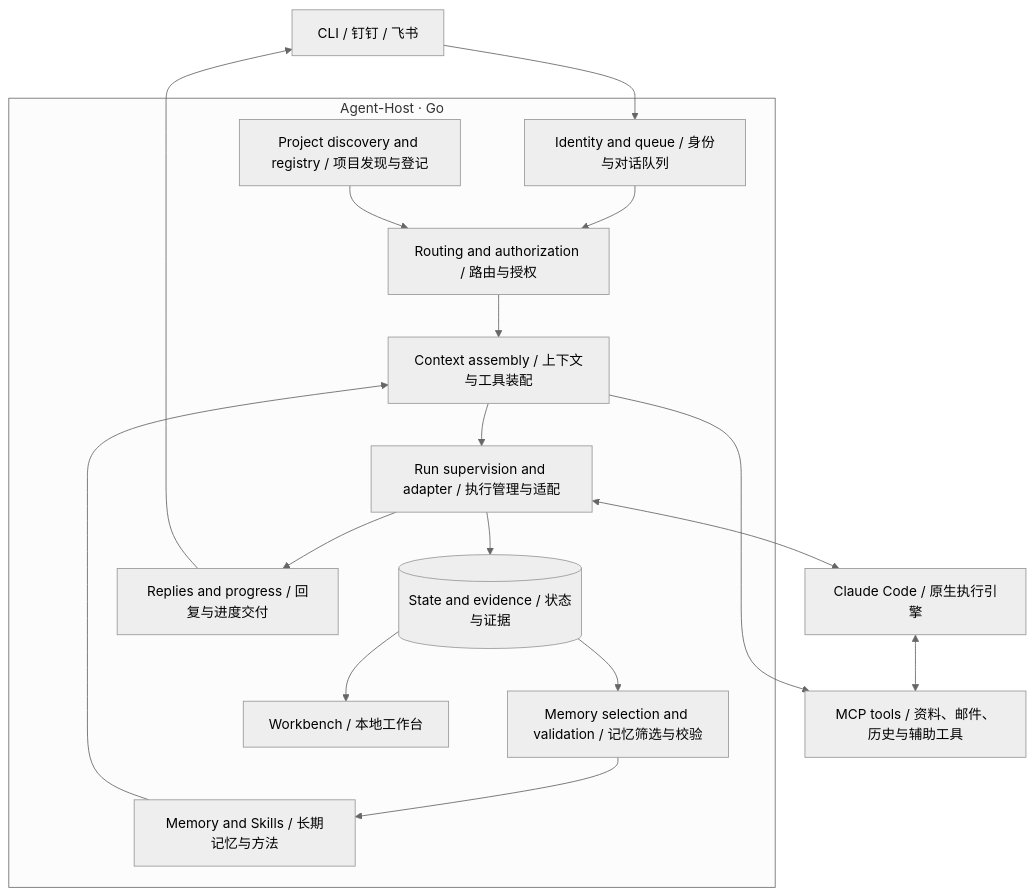
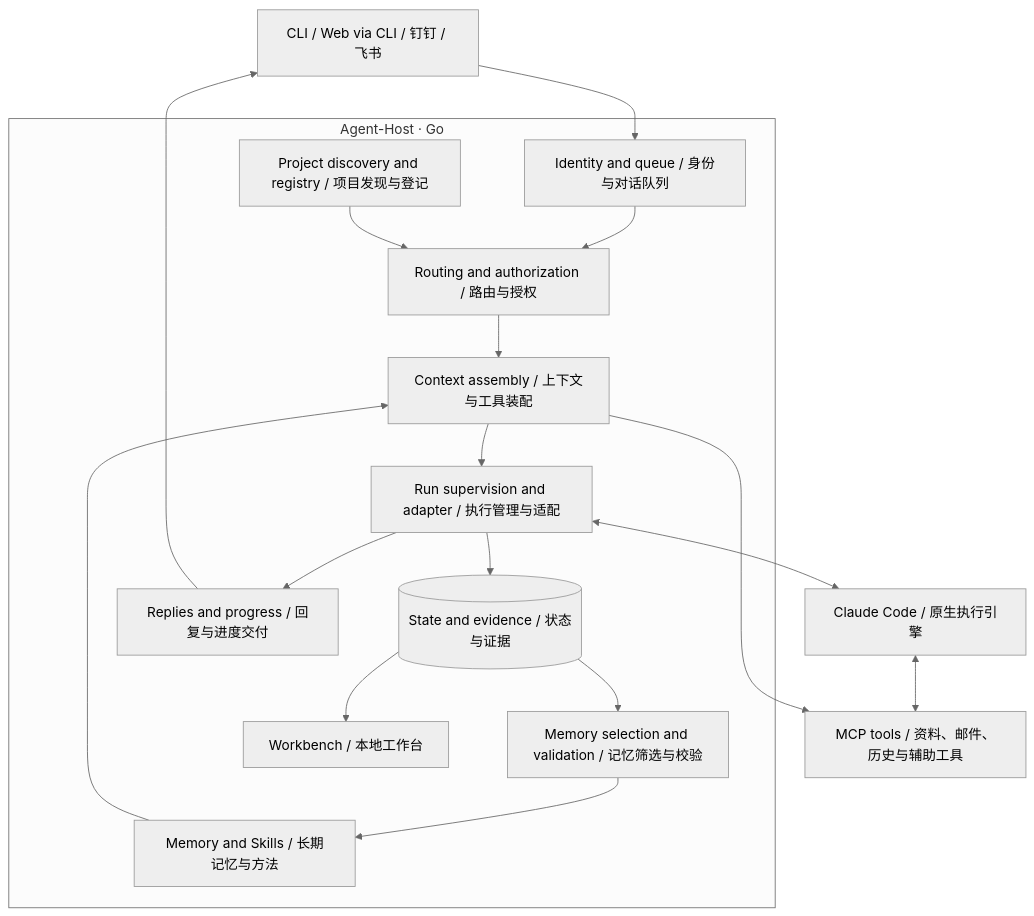
The first of 2 diagrams in docs/architecture.md (zhoushoujianwork/Agent-Host), drawn with Mermaid (neutral theme) before and after one commit. The commit also changed other lines of this file and 3 other files, not shown here.

````diff
--- a/docs/architecture.md
+++ b/docs/architecture.md
@@ -56,20 +62,20 @@
 ```mermaid
 flowchart TD
-    U[CLI / 钉钉 / 飞书] --> C[Identity and queue / 身份与对话队列]
+    U[CLI / Web via CLI / 钉钉 / 飞书] --> C[Identity and queue / 身份与对话队列]
     subgraph Host[Agent-Host · Go]
         C --> R[Routing and authorization / 路由与授权]
         P[Project discovery and registry / 项目发现与登记] --> R
         R --> A[Context assembly / 上下文与工具装配]
         K[Memory and Skills / 长期记忆与方法] --> A
         A --> H[Run supervision and adapter / 执行管理与适配]
         H --> E[(State and evidence / 状态与证据)]
         E --> M[Memory selection and validation / 记忆筛选与校验]
         M --> K
         H --> D[Replies and progress / 回复与进度交付]
         E --> V[Workbench / 本地工作台]
     end
     H <--> N[Claude Code / 原生执行引擎]
     A --> T[MCP tools / 资料、邮件、历史与辅助工具]
     N <--> T
     D --> U
 ```
````
